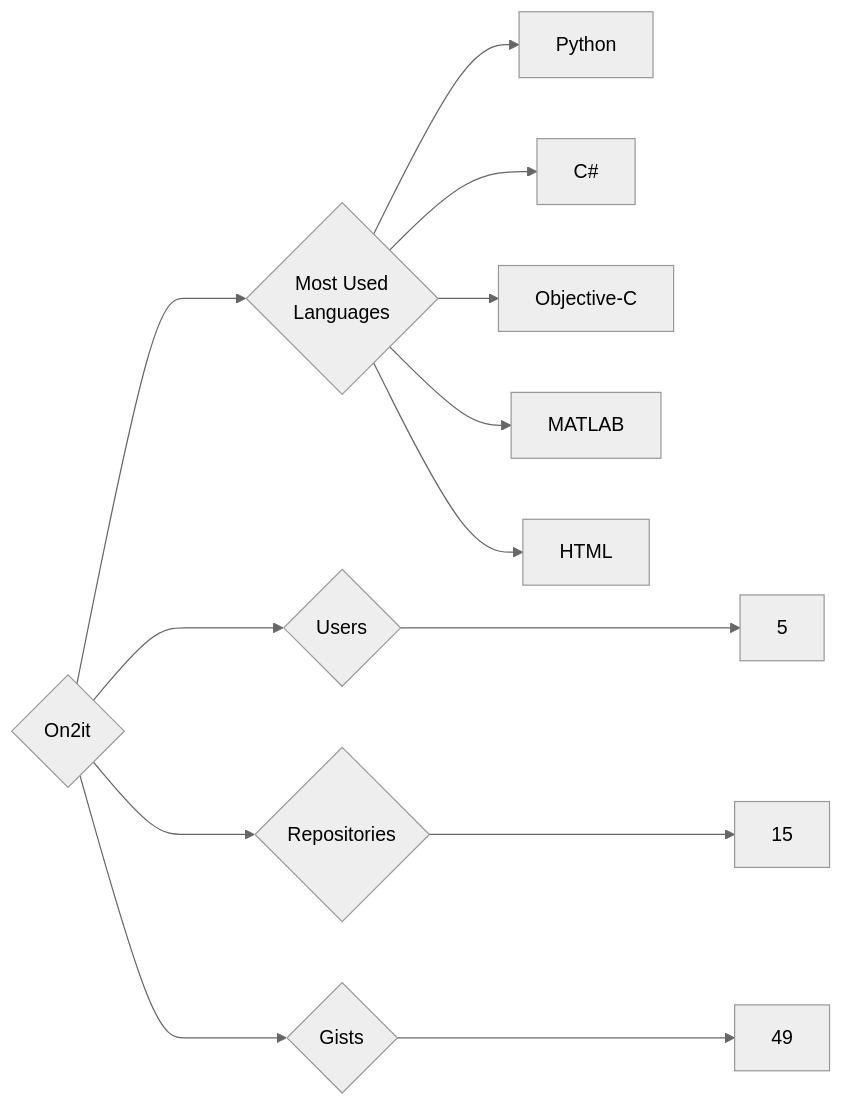
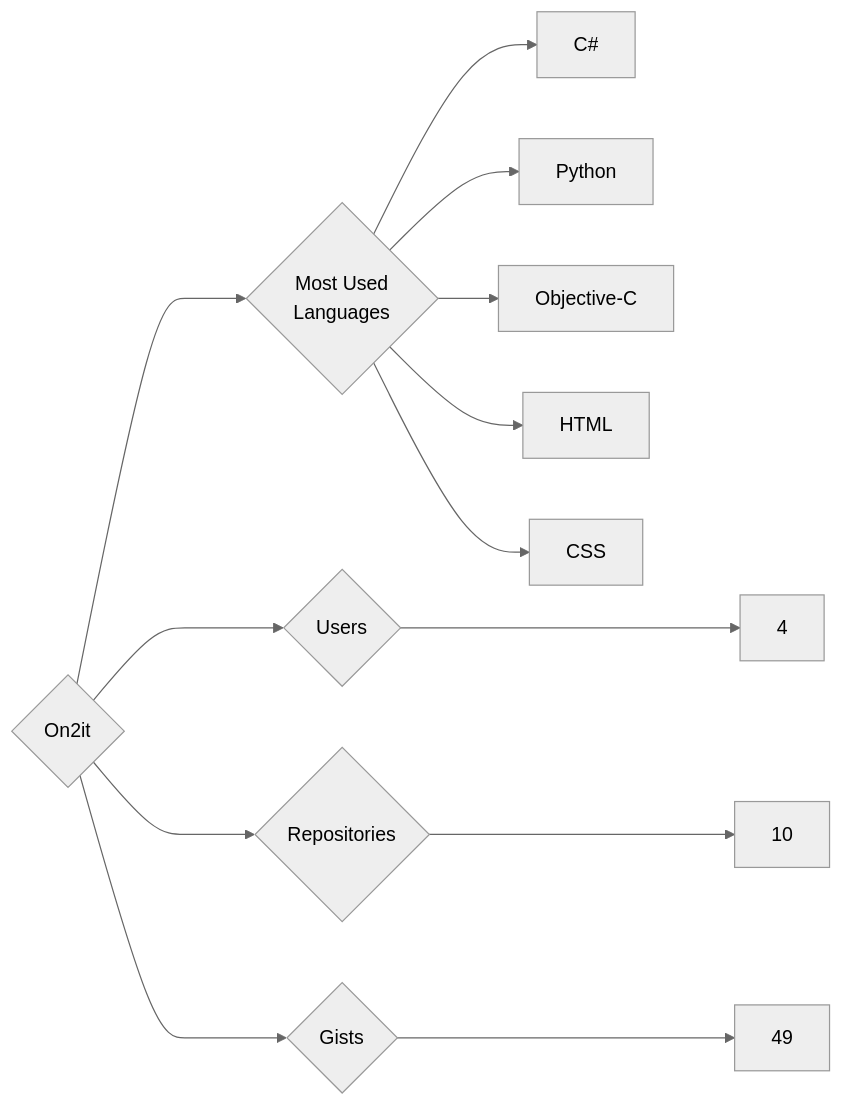
One commit to trickest/insiders changed the diagram in targets/On2it/README.md. Above: the diagram before and after it, drawn with Mermaid (neutral theme). The commit also changed 1479 other files, not shown here.

````diff
--- a/targets/On2it/README.md
+++ b/targets/On2it/README.md
@@ -3,13 +3,13 @@
 ```mermaid
 graph LR
 COMPANY_NAME{On2it}
-COMPANY_NAME ---> U{Users} ---> UN[5]
-COMPANY_NAME ---> R{Repositories} ---> RN[15]
+COMPANY_NAME ---> U{Users} ---> UN[4]
+COMPANY_NAME ---> R{Repositories} ---> RN[10]
 COMPANY_NAME ---> G{Gists} ---> GN[49]
 COMPANY_NAME ---> ML{Most Used<br>Languages}
+ML --> C#[C#]
 ML --> Python[Python]
-ML --> C#[C#]
 ML --> Objective-C[Objective-C]
-ML --> MATLAB[MATLAB]
 ML --> HTML[HTML]
+ML --> CSS[CSS]
 ```
````
